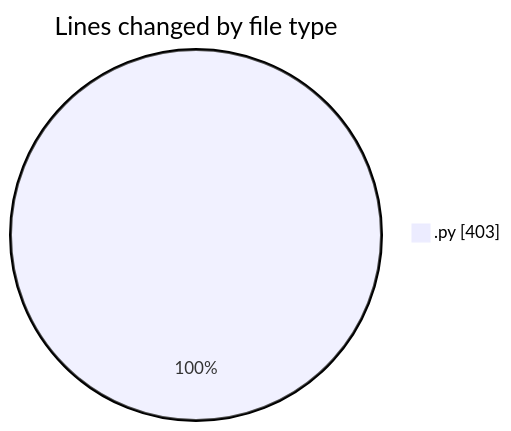
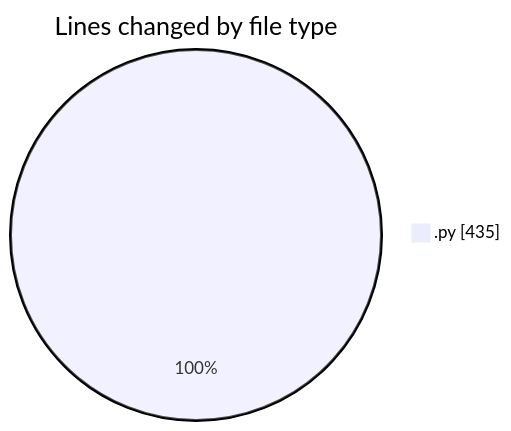
Before and after one commit to FelipKnott/code-tracking: the first of 2 diagrams in 2025-07-15/api/README.md, drawn with Mermaid. The commit also changed other lines of this file and 2 other files, not shown here.

````diff
--- a/2025-07-15/api/README.md
+++ b/2025-07-15/api/README.md
@@ -20,5 +20,5 @@
 ```mermaid
 pie showData
 title Lines changed by file type
-".py" : 403
+".py" : 435
 ```
````
